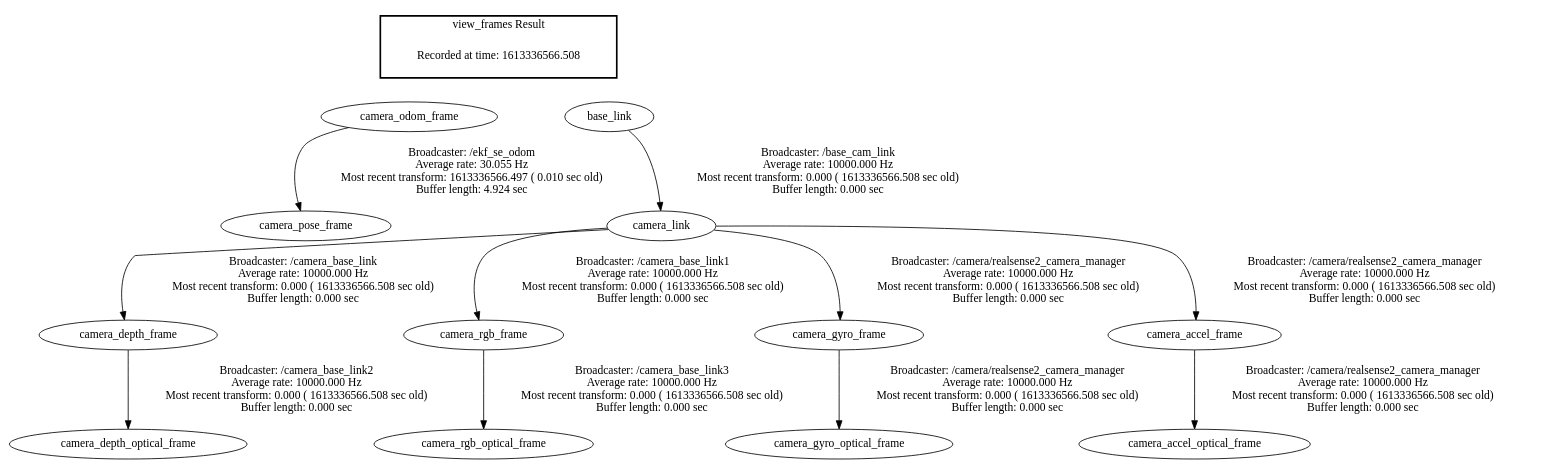
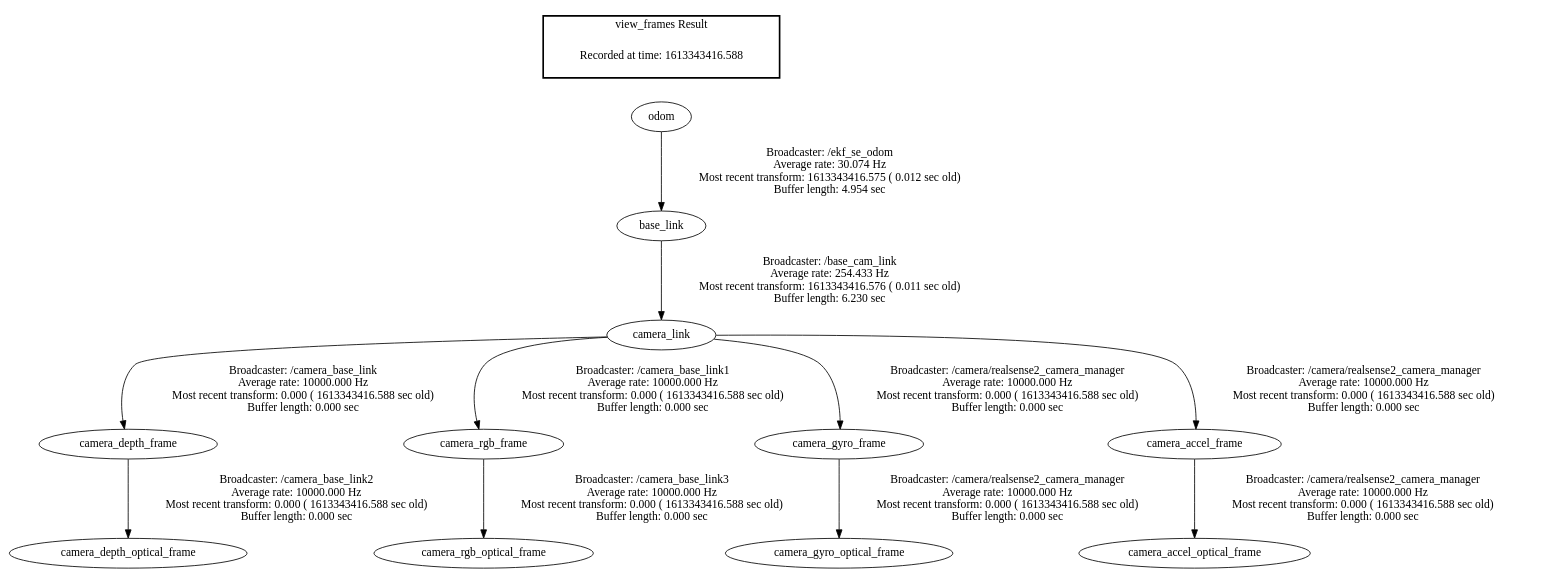
Before and after one commit to stauntonmakerspace/GardenGuardian: the diagram in frames.gv, drawn with Graphviz. The commit also changed 2 other files, not shown here.

Commit message:
EKF ODOM1 is working

```diff
--- a/frames.gv
+++ b/frames.gv
@@ -1,20 +1,16 @@
 digraph G {
-"camera_odom_frame" -> "camera_pose_frame"[label="Broadcaster: /ekf_se_odom\nAverage rate: 30.055 Hz\nMost recent transform: 1613336566.497 ( 0.010 sec old)\nBuffer length: 4.924 sec\n"];
-"camera_link" -> "camera_depth_frame"[label="Broadcaster: /camera_base_link\nAverage rate: 10000.000 Hz\nMost recent transform: 0.000 ( 1613336566.508 sec old)\nBuffer length: 0.000 sec\n"];
-"base_link" -> "camera_link"[label="Broadcaster: /base_cam_link\nAverage rate: 10000.000 Hz\nMost recent transform: 0.000 ( 1613336566.508 sec old)\nBuffer length: 0.000 sec\n"];
-"camera_link" -> "camera_rgb_frame"[label="Broadcaster: /camera_base_link1\nAverage rate: 10000.000 Hz\nMost recent transform: 0.000 ( 1613336566.508 sec old)\nBuffer length: 0.000 sec\n"];
-"camera_depth_frame" -> "camera_depth_optical_frame"[label="Broadcaster: /camera_base_link2\nAverage rate: 10000.000 Hz\nMost recent transform: 0.000 ( 1613336566.508 sec old)\nBuffer length: 0.000 sec\n"];
-"camera_link" -> "camera_gyro_frame"[label="Broadcaster: /camera/realsense2_camera_manager\nAverage rate: 10000.000 Hz\nMost recent transform: 0.000 ( 1613336566.508 sec old)\nBuffer length: 0.000 sec\n"];
-"camera_gyro_frame" -> "camera_gyro_optical_frame"[label="Broadcaster: /camera/realsense2_camera_manager\nAverage rate: 10000.000 Hz\nMost recent transform: 0.000 ( 1613336566.508 sec old)\nBuffer length: 0.000 sec\n"];
-"camera_link" -> "camera_accel_frame"[label="Broadcaster: /camera/realsense2_camera_manager\nAverage rate: 10000.000 Hz\nMost recent transform: 0.000 ( 1613336566.508 sec old)\nBuffer length: 0.000 sec\n"];
-"camera_accel_frame" -> "camera_accel_optical_frame"[label="Broadcaster: /camera/realsense2_camera_manager\nAverage rate: 10000.000 Hz\nMost recent transform: 0.000 ( 1613336566.508 sec old)\nBuffer length: 0.000 sec\n"];
-"camera_rgb_frame" -> "camera_rgb_optical_frame"[label="Broadcaster: /camera_base_link3\nAverage rate: 10000.000 Hz\nMost recent transform: 0.000 ( 1613336566.508 sec old)\nBuffer length: 0.000 sec\n"];
+"odom" -> "base_link"[label="Broadcaster: /ekf_se_odom\nAverage rate: 30.074 Hz\nMost recent transform: 1613343416.575 ( 0.012 sec old)\nBuffer length: 4.954 sec\n"];
+"base_link" -> "camera_link"[label="Broadcaster: /base_cam_link\nAverage rate: 254.433 Hz\nMost recent transform: 1613343416.576 ( 0.011 sec old)\nBuffer length: 6.230 sec\n"];
+"camera_link" -> "camera_depth_frame"[label="Broadcaster: /camera_base_link\nAverage rate: 10000.000 Hz\nMost recent transform: 0.000 ( 1613343416.588 sec old)\nBuffer length: 0.000 sec\n"];
+"camera_link" -> "camera_rgb_frame"[label="Broadcaster: /camera_base_link1\nAverage rate: 10000.000 Hz\nMost recent transform: 0.000 ( 1613343416.588 sec old)\nBuffer length: 0.000 sec\n"];
+"camera_rgb_frame" -> "camera_rgb_optical_frame"[label="Broadcaster: /camera_base_link3\nAverage rate: 10000.000 Hz\nMost recent transform: 0.000 ( 1613343416.588 sec old)\nBuffer length: 0.000 sec\n"];
+"camera_depth_frame" -> "camera_depth_optical_frame"[label="Broadcaster: /camera_base_link2\nAverage rate: 10000.000 Hz\nMost recent transform: 0.000 ( 1613343416.588 sec old)\nBuffer length: 0.000 sec\n"];
+"camera_link" -> "camera_gyro_frame"[label="Broadcaster: /camera/realsense2_camera_manager\nAverage rate: 10000.000 Hz\nMost recent transform: 0.000 ( 1613343416.588 sec old)\nBuffer length: 0.000 sec\n"];
+"camera_gyro_frame" -> "camera_gyro_optical_frame"[label="Broadcaster: /camera/realsense2_camera_manager\nAverage rate: 10000.000 Hz\nMost recent transform: 0.000 ( 1613343416.588 sec old)\nBuffer length: 0.000 sec\n"];
+"camera_link" -> "camera_accel_frame"[label="Broadcaster: /camera/realsense2_camera_manager\nAverage rate: 10000.000 Hz\nMost recent transform: 0.000 ( 1613343416.588 sec old)\nBuffer length: 0.000 sec\n"];
+"camera_accel_frame" -> "camera_accel_optical_frame"[label="Broadcaster: /camera/realsense2_camera_manager\nAverage rate: 10000.000 Hz\nMost recent transform: 0.000 ( 1613343416.588 sec old)\nBuffer length: 0.000 sec\n"];
 edge [style=invis];
  subgraph cluster_legend { style=bold; color=black; label ="view_frames Result";
-"Recorded at time: 1613336566.508"[ shape=plaintext ] ;
- }->"camera_odom_frame";
-edge [style=invis];
- subgraph cluster_legend { style=bold; color=black; label ="view_frames Result";
-"Recorded at time: 1613336566.508"[ shape=plaintext ] ;
- }->"base_link";
+"Recorded at time: 1613343416.588"[ shape=plaintext ] ;
+ }->"odom";
 }
```
